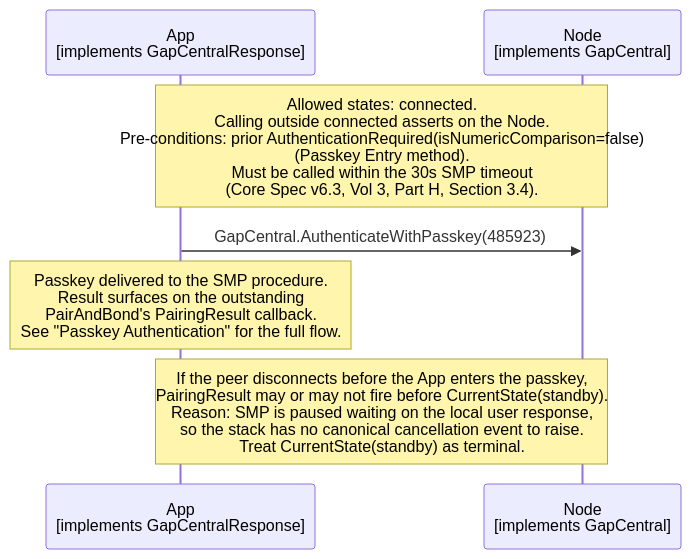
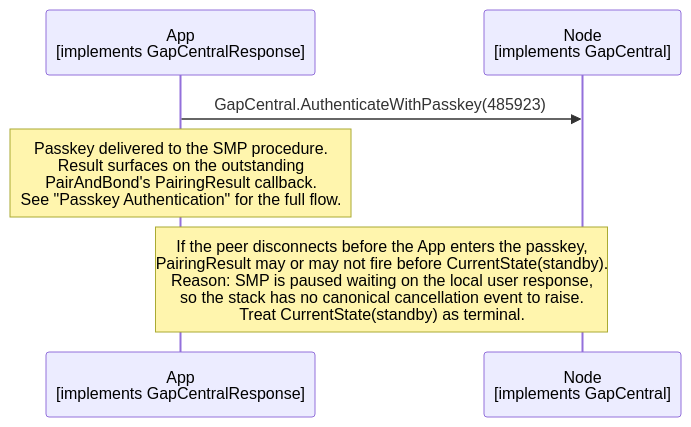
The diagram in documents/modules/ROOT/partials/echoservices/gap_central/GapCentral_AuthenticateWithPasskey_sequence.mmd (philips-software/amp-embedded-infra-lib), drawn with Mermaid before and after one commit. The commit also changed 28 other files, not shown here.

```diff
--- a/documents/modules/ROOT/partials/echoservices/gap_central/GapCentral_AuthenticateWithPasskey_sequence.mmd
+++ b/documents/modules/ROOT/partials/echoservices/gap_central/GapCentral_AuthenticateWithPasskey_sequence.mmd
@@ -1,10 +1,8 @@
 sequenceDiagram
     participant App as App<br>[implements GapCentralResponse]
     participant Node as Node<br>[implements GapCentral]
-
-    Note over App, Node: Allowed states: connected.<br>Calling outside connected asserts on the Node.<br>Pre-conditions: prior AuthenticationRequired(isNumericComparison=false)<br>(Passkey Entry method).<br>Must be called within the 30s SMP timeout<br>(Core Spec v6.3, Vol 3, Part H, Section 3.4).
 
     App->>Node: GapCentral.AuthenticateWithPasskey(485923)
 
     Note over App: Passkey delivered to the SMP procedure.<br>Result surfaces on the outstanding<br>PairAndBond's PairingResult callback.<br>See "Passkey Authentication" for the full flow.
     Note over App, Node: If the peer disconnects before the App enters the passkey,<br>PairingResult may or may not fire before CurrentState(standby).<br>Reason: SMP is paused waiting on the local user response,<br>so the stack has no canonical cancellation event to raise.<br>Treat CurrentState(standby) as terminal.
```
